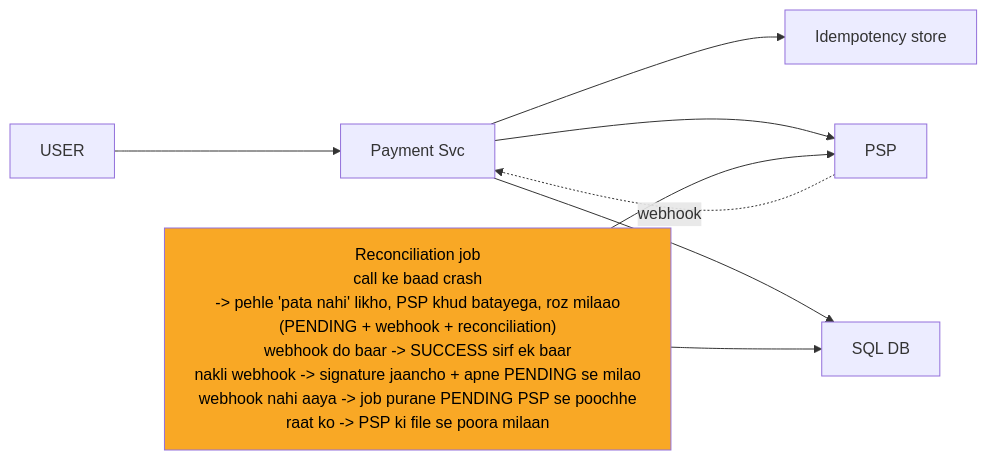
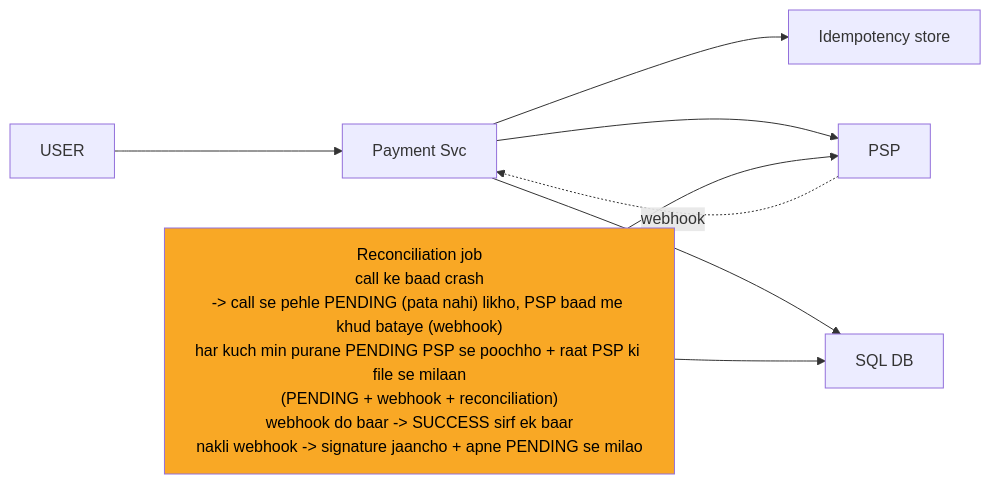
Before and after one commit to ArpanMaheshwari144/Prep: the sixth of 12 diagrams in 04_HLD/SYSTEM_DESIGNS/06_payment_system/06_payment_system.md, drawn with Mermaid. The commit also changed other lines of this file and 13 other files, not shown here.

````diff
--- a/04_HLD/SYSTEM_DESIGNS/06_payment_system/06_payment_system.md
+++ b/04_HLD/SYSTEM_DESIGNS/06_payment_system/06_payment_system.md
@@ -259,18 +262,18 @@
 ```mermaid
 %%{init: {"flowchart": {"wrappingWidth": 450}}}%%
 flowchart LR
     n_USER["USER"]
     n_Payment_Svc["Payment Svc"]
     n_Idempotency_store["Idempotency store"]
     n_PSP["PSP"]
     n_DB["SQL DB"]
-    n_Reconciliation_job["Reconciliation job<br/>call ke baad crash<br/>-> pehle 'pata nahi' likho, PSP khud batayega, roz milaao<br/>(PENDING + webhook + reconciliation)<br/>webhook do baar -> SUCCESS sirf ek baar<br/>nakli webhook -> signature jaancho + apne PENDING se milao<br/>webhook nahi aaya -> job purane PENDING PSP se poochhe<br/>raat ko -> PSP ki file se poora milaan"]
+    n_Reconciliation_job["Reconciliation job<br/>call ke baad crash<br/>-> call se pehle PENDING (pata nahi) likho, PSP baad me khud bataye (webhook)<br/>har kuch min purane PENDING PSP se poochho + raat PSP ki file se milaan<br/>(PENDING + webhook + reconciliation)<br/>webhook do baar -> SUCCESS sirf ek baar<br/>nakli webhook -> signature jaancho + apne PENDING se milao"]
     n_USER --> n_Payment_Svc
     n_Payment_Svc --> n_Idempotency_store
     n_Payment_Svc --> n_PSP
     n_Payment_Svc --> n_DB
     n_Reconciliation_job --> n_DB
     n_Reconciliation_job --> n_PSP
     n_PSP -.->|webhook| n_Payment_Svc
     style n_Reconciliation_job fill:#f9a825,color:#000
 ```
````
